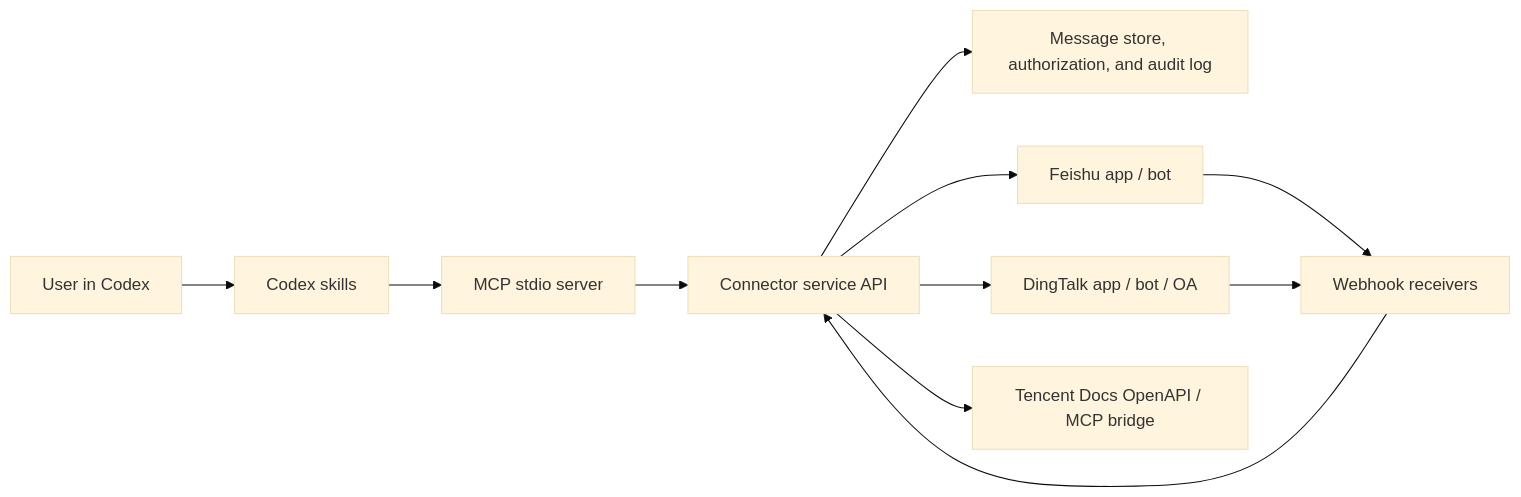
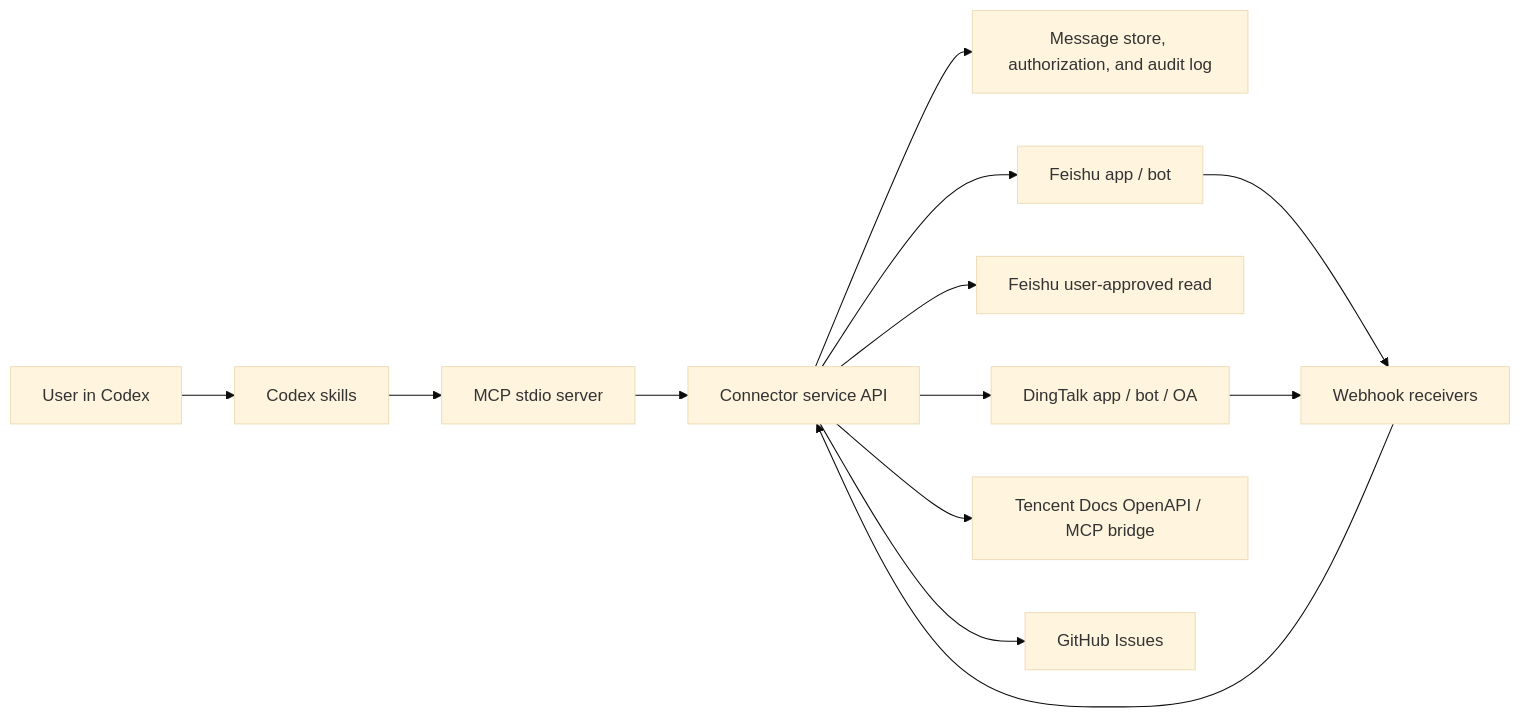
The diagram in docs/architecture.md (Iii3pl/cn-messaging-context), drawn with Mermaid (base theme) before and after one commit. The commit also changed other lines of this file and 32 other files, not shown here.

````diff
--- a/docs/architecture.md
+++ b/docs/architecture.md
@@ -5,13 +5,15 @@
 ```mermaid
 flowchart LR
   User["User in Codex"] --> Skills["Codex skills"]
   Skills --> MCP["MCP stdio server"]
   MCP --> API["Connector service API"]
   API --> Store["Message store, authorization, and audit log"]
   API --> Feishu["Feishu app / bot"]
+  API --> FeishuUser["Feishu user-approved read"]
   API --> DingTalk["DingTalk app / bot / OA"]
   API --> Tencent["Tencent Docs OpenAPI / MCP bridge"]
+  API --> GitHub["GitHub Issues"]
   Feishu --> Webhooks["Webhook receivers"]
   DingTalk --> Webhooks
   Webhooks --> API
 ```
````
